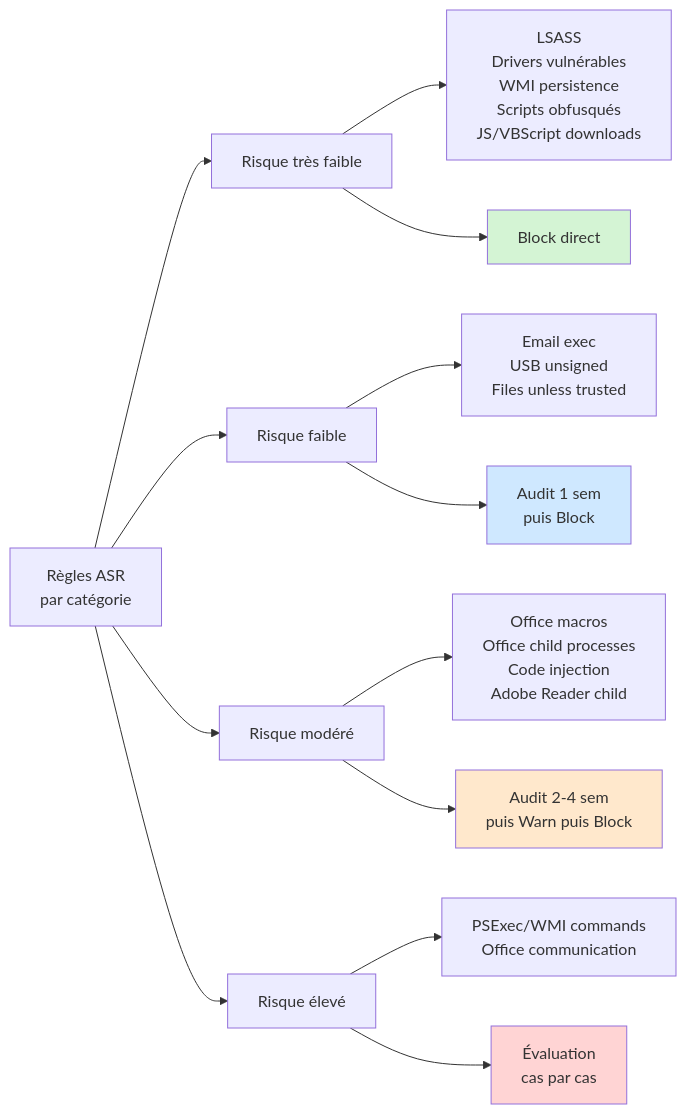
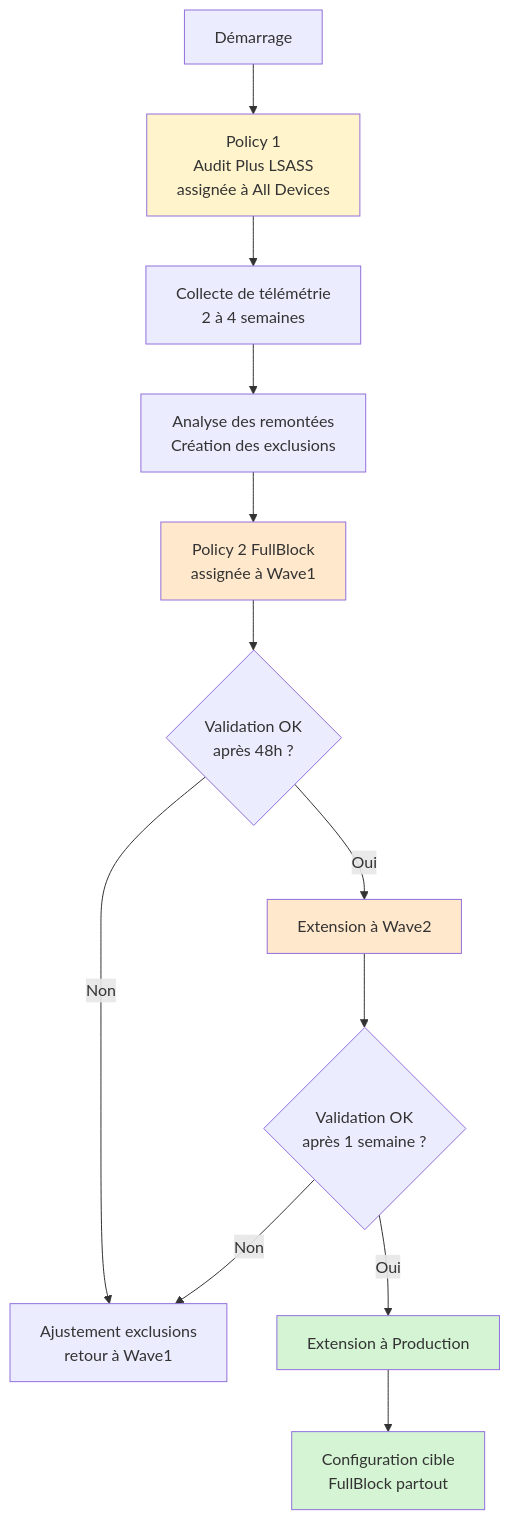
The diagram in _posts/series/mde-foundations/2026-07-04-mde-foundations-ep8-asr-deploiement-progressif.md (sebastienmiro/sebastienmiro.github.io), drawn with Mermaid before and after one commit. The commit also changed other lines of this file and 8 other files, not shown here.

````diff
--- a/_posts/series/mde-foundations/2026-07-04-mde-foundations-ep8-asr-deploiement-progressif.md
+++ b/_posts/series/mde-foundations/2026-07-04-mde-foundations-ep8-asr-deploiement-progressif.md
@@ -41,24 +39,20 @@
 ```mermaid
-flowchart LR
-    A[Règles ASR<br/>par catégorie] --> B[Risque très faible]
-    A --> C[Risque faible]
-    A --> D[Risque modéré]
-    A --> E[Risque élevé]
+flowchart TD
+    A[Démarrage] --> B[Policy 1<br/>Audit Plus LSASS<br/>assignée à All Devices]
+    B --> C[Collecte de télémétrie<br/>2 à 4 semaines]
+    C --> D[Analyse des remontées<br/>Création des exclusions]
+    D --> E[Policy 2 FullBlock<br/>assignée à Wave1]
+    E --> F{Validation OK<br/>après 48h ?}
+    F -->|Oui| G[Extension à Wave2]
+    F -->|Non| H[Ajustement exclusions<br/>retour à Wave1]
+    G --> I{Validation OK<br/>après 1 semaine ?}
+    I -->|Oui| J[Extension à Production]
+    I -->|Non| H
+    J --> K[Configuration cible<br/>FullBlock partout]
 
-    B --> B1[LSASS<br/>Drivers vulnérables<br/>WMI persistence<br/>Scripts obfusqués<br/>JS/VBScript downloads]
-    B --> B2[Block direct]
-
-    C --> C1[Email exec<br/>USB unsigned<br/>Files unless trusted]
-    C --> C2[Audit 1 sem<br/>puis Block]
-
-    D --> D1[Office macros<br/>Office child processes<br/>Code injection<br/>Adobe Reader child]
-    D --> D2[Audit 2-4 sem<br/>puis Warn puis Block]
-
-    E --> E1[PSExec/WMI commands<br/>Office communication]
-    E --> E2[Évaluation<br/>cas par cas]
-
-    style B2 fill:#d4f4d4
-    style C2 fill:#cfe8ff
-    style D2 fill:#ffe8cc
-    style E2 fill:#ffd4d4
+    style B fill:#fff4cc
+    style E fill:#ffe8cc
+    style G fill:#ffe8cc
+    style J fill:#d4f4d4
+    style K fill:#d4f4d4
 ```
````
